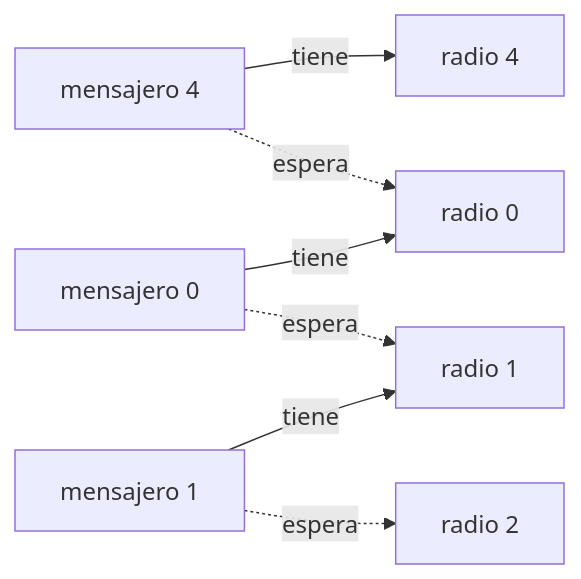
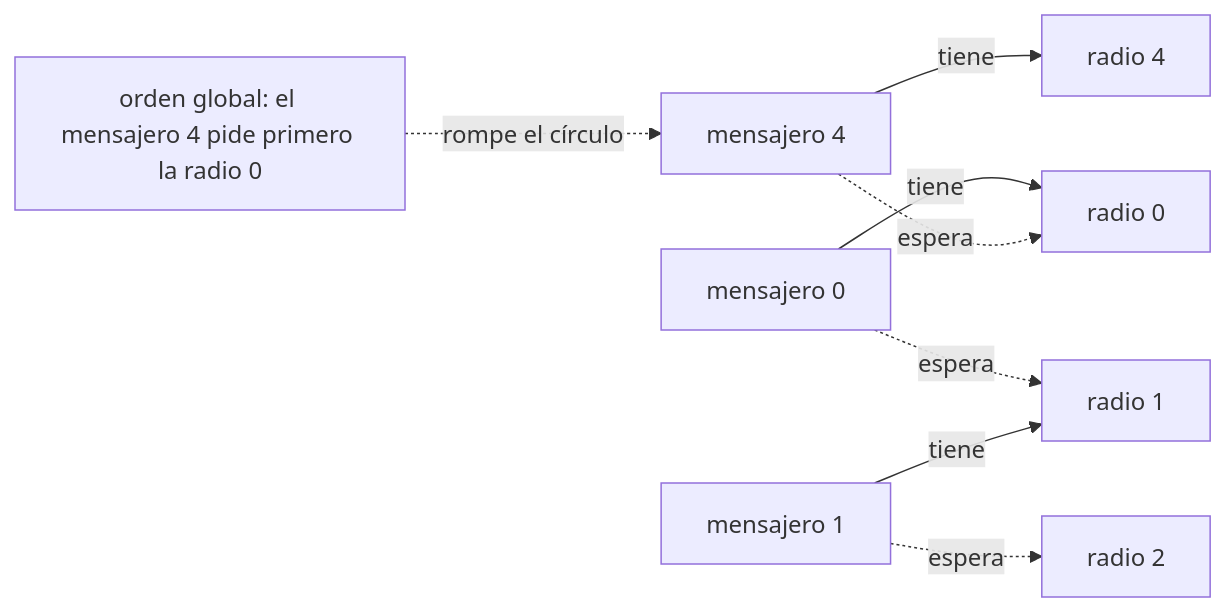
The fifth of 5 diagrams in web/public/content/foundations/modulo-8.md (NICORUIZ93/The_Imperial_Book), drawn with Mermaid before and after one commit. The commit also changed other lines of this file, not shown here.

````diff
--- a/web/public/content/foundations/modulo-8.md
+++ b/web/public/content/foundations/modulo-8.md
@@ -356,9 +1653,10 @@
 ```mermaid
 flowchart LR
-    M0[mensajero 0] -- tiene --> R0[radio 0]
-    M0 -. espera .-> R1[radio 1]
-    M1[mensajero 1] -- tiene --> R1
-    M1 -. espera .-> R2[radio 2]
-    M4[mensajero 4] -- tiene --> R4[radio 4]
+    M0["mensajero 0"] -- tiene --> R0["radio 0"]
+    M0 -. espera .-> R1["radio 1"]
+    M1["mensajero 1"] -- tiene --> R1
+    M1 -. espera .-> R2["radio 2"]
+    M4["mensajero 4"] -- tiene --> R4["radio 4"]
     M4 -. espera .-> R0
+    FIX["orden global: el mensajero 4 pide primero la radio 0"] -.->|rompe el círculo| M4
 ```
````
